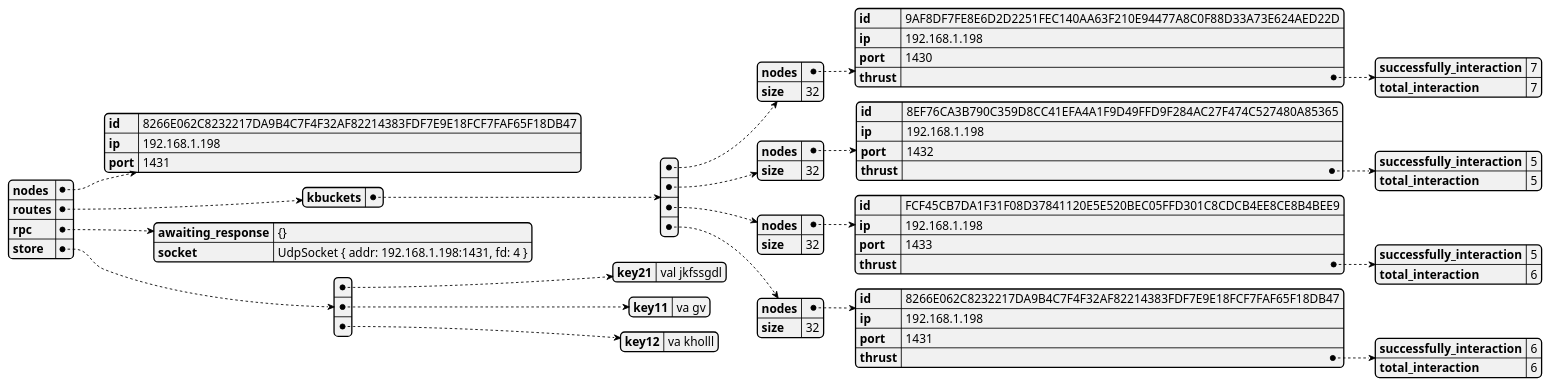
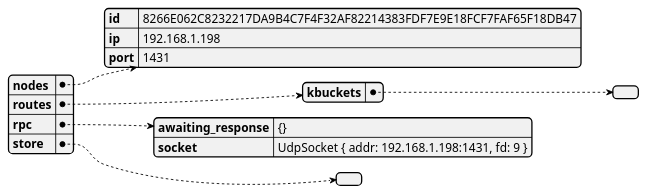
The diagram in src/distributed_legder/state_dumps/test-contact-2.json.plantuml (GoliathHagar/distributed_legder_kademlia), drawn with PlantUML before and after one commit. The commit also changed 8 other files, not shown here.

```diff
--- a/src/distributed_legder/state_dumps/test-contact-2.json.plantuml
+++ b/src/distributed_legder/state_dumps/test-contact-2.json.plantuml
@@ -1,3 +1,3 @@
 @startjson
-{"nodes":{"id":"8266E062C8232217DA9B4C7F4F32AF82214383FDF7E9E18FCF7FAF65F18DB47","ip":"192.168.1.198","port":1431},"routes":{"kbuckets":[{"nodes":{"id":"9AF8DF7FE8E6D2D2251FEC140AA63F210E94477A8C0F88D33A73E624AED22D","ip":"192.168.1.198","port":1430,"thrust":{"successfully_interaction":7,"total_interaction":7}},"size":32},{"nodes":{"id":"8EF76CA3B790C359D8CC41EFA4A1F9D49FFD9F284AC27F474C527480A85365","ip":"192.168.1.198","port":1432,"thrust":{"successfully_interaction":5,"total_interaction":5}},"size":32},{"nodes":{"id":"FCF45CB7DA1F31F08D37841120E5E520BEC05FFD301C8CDCB4EE8CE8B4BEE9","ip":"192.168.1.198","port":1433,"thrust":{"successfully_interaction":5,"total_interaction":6}},"size":32},{"nodes":{"id":"8266E062C8232217DA9B4C7F4F32AF82214383FDF7E9E18FCF7FAF65F18DB47","ip":"192.168.1.198","port":1431,"thrust":{"successfully_interaction":6,"total_interaction":6}},"size":32}]},"rpc":{"awaiting_response":"{}","socket":"UdpSocket { addr: 192.168.1.198:1431, fd: 4 }"},"store":[{"key21":"val jkfssgdl"},{"key11":"va gv"},{"key12":"va kholll"}]}
+{"nodes":{"id":"8266E062C8232217DA9B4C7F4F32AF82214383FDF7E9E18FCF7FAF65F18DB47","ip":"192.168.1.198","port":1431},"routes":{"kbuckets":[]},"rpc":{"awaiting_response":"{}","socket":"UdpSocket { addr: 192.168.1.198:1431, fd: 9 }"},"store":[]}
 @endjson
```
